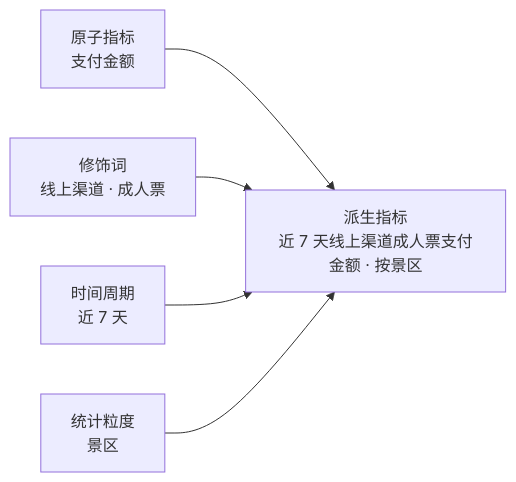
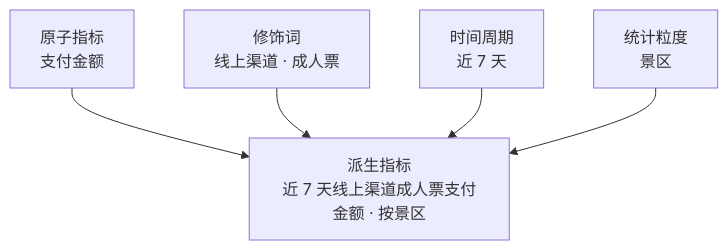
The ninth of 14 diagrams in AI＋数据平台建设汇报_正文.md (keanying/relevance), drawn with Mermaid before and after one commit. The commit also changed other lines of this file and 2 other files, not shown here.

First line of the commit message:
第一章数据平台生成 HTML（含架构图、流程图）；新增 md2html 转换脚本；修正两处图的方向

````diff
--- a/AI＋数据平台建设汇报_正文.md
+++ b/AI＋数据平台建设汇报_正文.md
@@ -216,7 +221,7 @@
 ```mermaid
-flowchart LR
+flowchart TB
   A[原子指标<br/>支付金额] --> F[派生指标<br/>近 7 天线上渠道成人票支付金额 · 按景区]
   B[修饰词<br/>线上渠道 · 成人票] --> F
   C[时间周期<br/>近 7 天] --> F
   D[统计粒度<br/>景区] --> F
 ```
````
